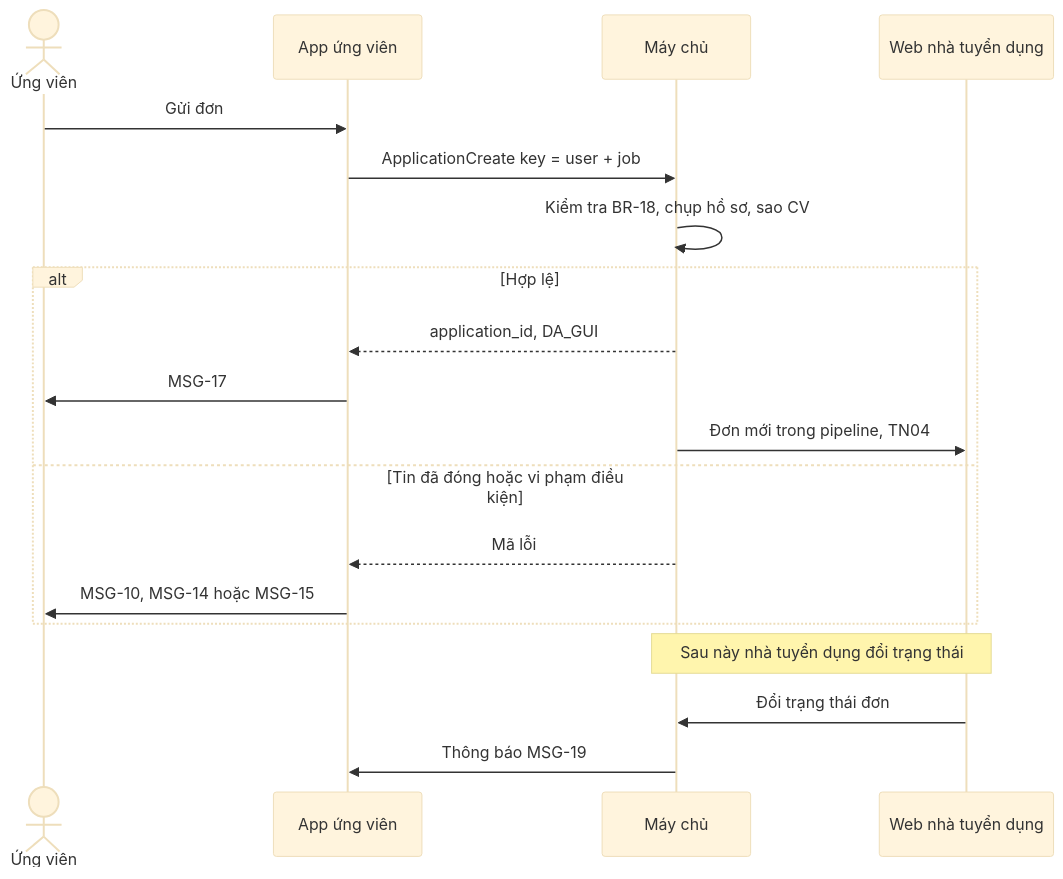
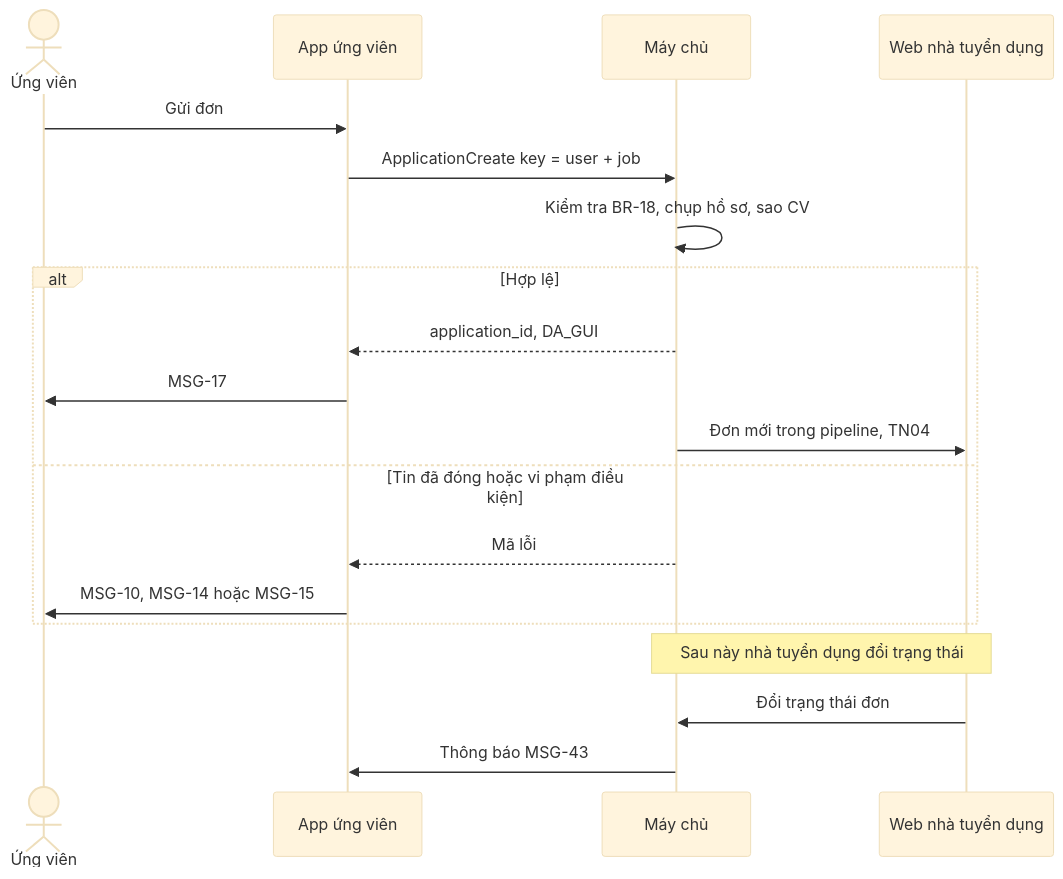
The fifth of 5 diagrams in docs/TN02-tim-viec-ung-tuyen/SRS.md (uxfoundation-vn/de05-app-tim-viec), drawn with Mermaid (base theme) before and after one commit. The commit also changed other lines of this file and 3 other files, not shown here.

````diff
--- a/docs/TN02-tim-viec-ung-tuyen/SRS.md
+++ b/docs/TN02-tim-viec-ung-tuyen/SRS.md
@@ -278,21 +296,21 @@
 ```mermaid
 sequenceDiagram
   actor U as Ứng viên
   participant App as App ứng viên
   participant API as Máy chủ
   participant N as Web nhà tuyển dụng
   U->>App: Gửi đơn
   App->>API: ApplicationCreate key = user + job
   API->>API: Kiểm tra BR-18, chụp hồ sơ, sao CV
   alt Hợp lệ
     API-->>App: application_id, DA_GUI
     App->>U: MSG-17
     API->>N: Đơn mới trong pipeline, TN04
   else Tin đã đóng hoặc vi phạm điều kiện
     API-->>App: Mã lỗi
     App->>U: MSG-10, MSG-14 hoặc MSG-15
   end
   Note over API,N: Sau này nhà tuyển dụng đổi trạng thái
   N->>API: Đổi trạng thái đơn
-  API->>App: Thông báo MSG-19
+  API->>App: Thông báo MSG-43
 ```
````
